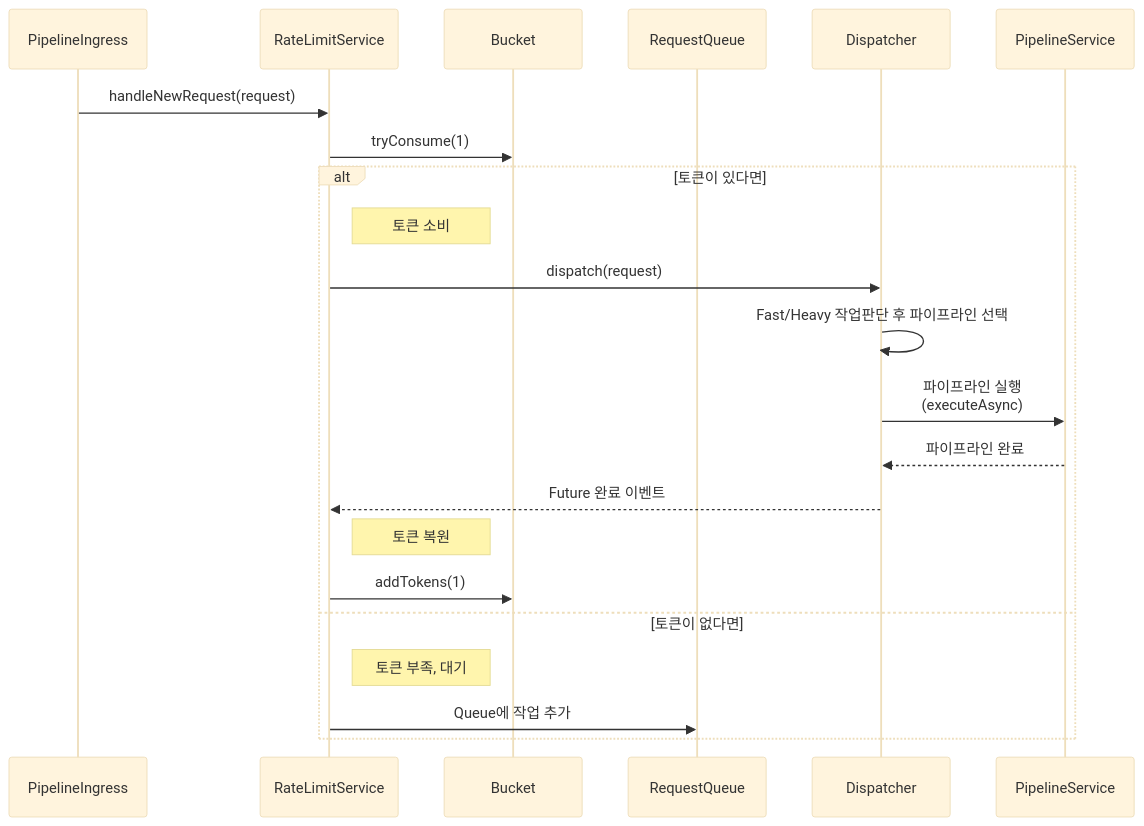
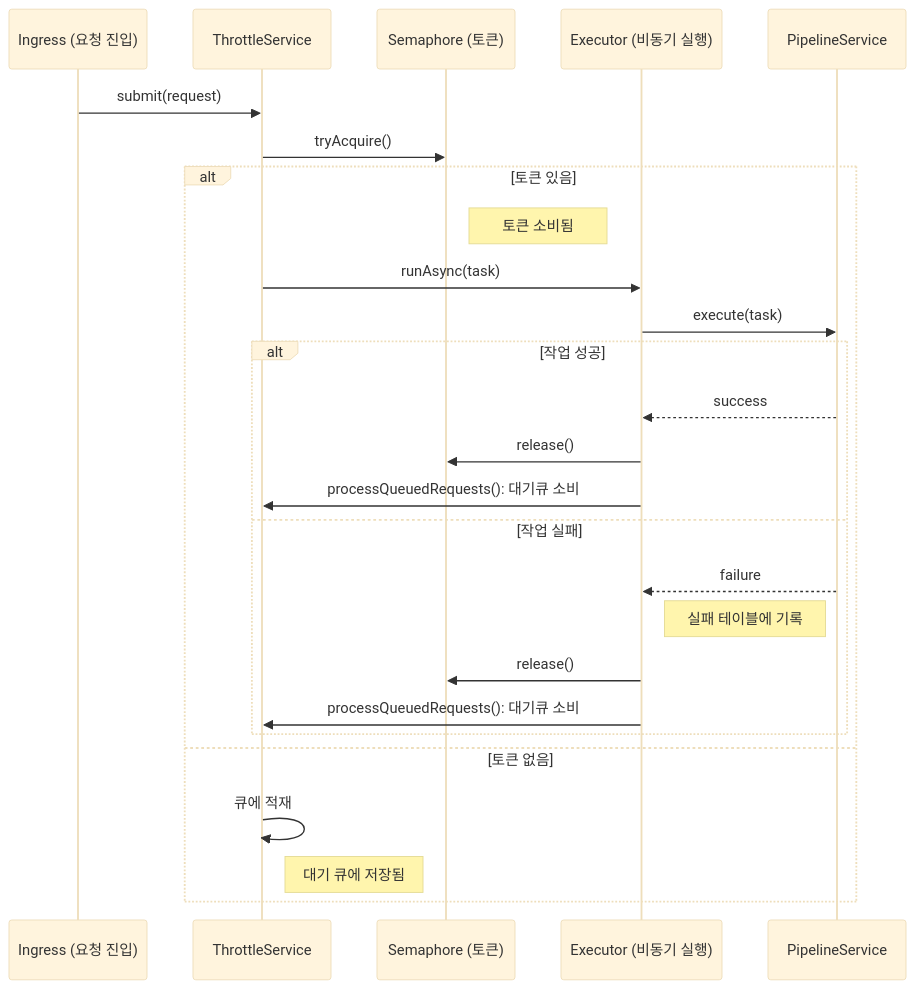
Before and after one commit to APIDOC43/SpringBoot-Saas: the diagram in src/main/java/com/hocs/server/pipline_orchestrator/ratelimit/sequence.md, drawn with Mermaid (base theme).

Commit message:
📚Docs(throttle): Sequnce.md 수정

````diff
--- a/src/main/java/com/hocs/server/pipline_orchestrator/ratelimit/sequence.md
+++ b/src/main/java/com/hocs/server/pipline_orchestrator/ratelimit/sequence.md
@@ -1,26 +1,29 @@
 ```mermaid
 sequenceDiagram
-    participant C as PipelineIngress
-    participant S as RateLimitService
-    participant B as Bucket
-    participant Q as RequestQueue
-    participant D as Dispatcher
+    participant I as Ingress (요청 진입)
+    participant T as ThrottleService
+    participant S as Semaphore (토큰)
+    participant E as Executor (비동기 실행)
     participant P as PipelineService
 
-    C->>S: handleNewRequest(request)
-    S->>B: tryConsume(1)
-    alt 토큰이 있다면
-        note right of S: 토큰 소비
-        S->>D: dispatch(request)
-        D->>D: Fast/Heavy 작업판단 후 파이프라인 선택
-        D->>P: 파이프라인 실행<br>(executeAsync)
-        P-->>D: 파이프라인 완료
-        D-->>S: Future 완료 이벤트
-        note right of S: 토큰 복원
-        S->>B: addTokens(1)
-    else 토큰이 없다면
-        note right of S: 토큰 부족, 대기
-        S->>Q: Queue에 작업 추가
+    I->>T: submit(request)
+    T->>S: tryAcquire()
+    alt 토큰 있음
+        note right of S: 토큰 소비됨
+        T->>E: runAsync(task)
+        E->>P: execute(task)
+        alt 작업 성공
+            P-->>E: success
+            E->>S: release()
+            E->>T: processQueuedRequests(): 대기큐 소비
+        else 작업 실패
+            P-->>E: failure
+            note right of E: 실패 테이블에 기록
+            E->>S: release()
+            E->>T: processQueuedRequests(): 대기큐 소비
+        end
+    else 토큰 없음
+        T->>T: 큐에 적재
+        note right of T: 대기 큐에 저장됨
     end
-
 ```
````
